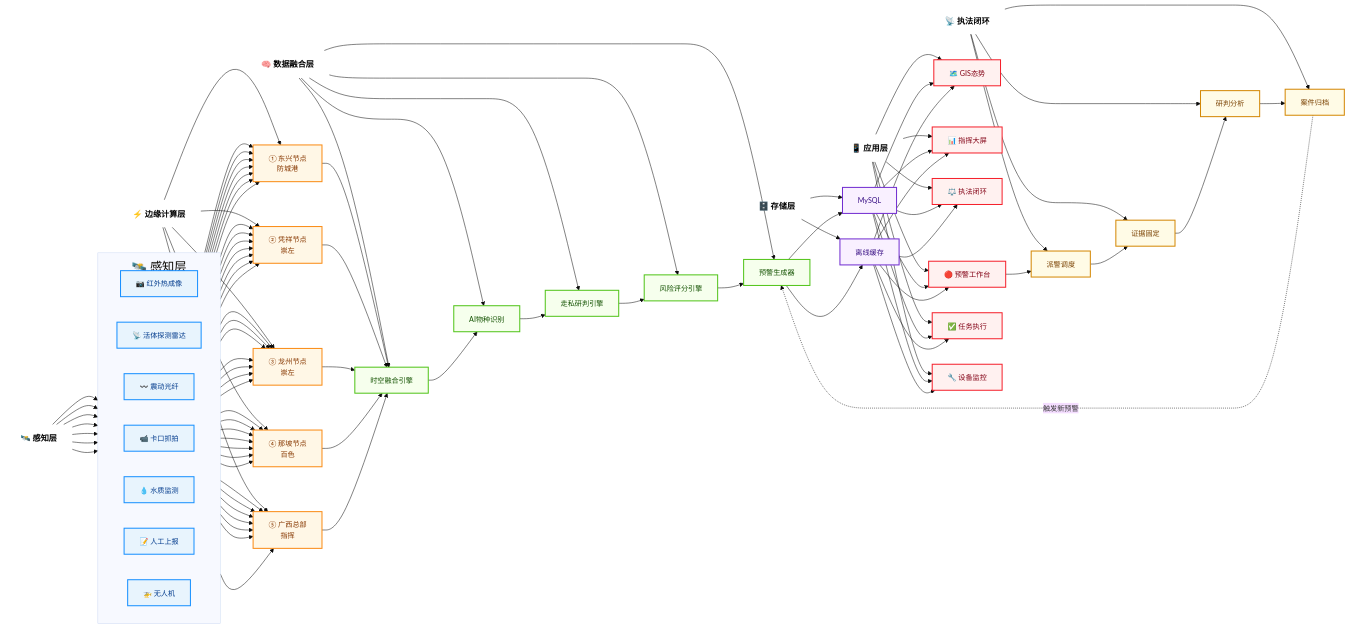
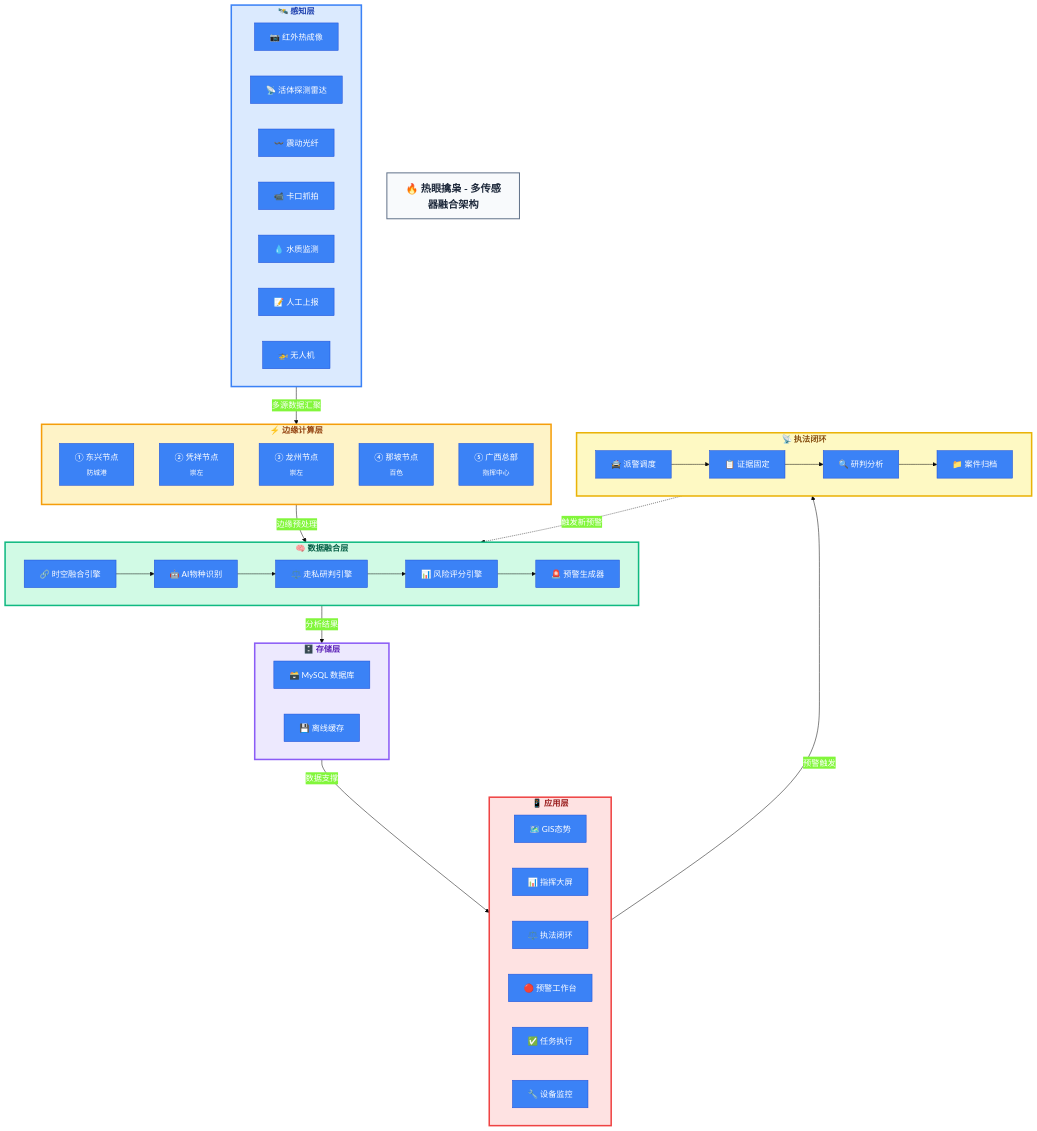
The diagram in architecture/README.md (ppqqmeimei-create/reyanqinxiao), drawn with Mermaid before and after one commit. The commit also changed other lines of this file, not shown here.

Commit message:
docs: 优化Mermaid架构图样式和布局
Made-with: Cursor

````diff
--- a/architecture/README.md
+++ b/architecture/README.md
@@ -27,90 +27,98 @@
 ```mermaid
-%%{init: {'theme': 'base', 'themeVariables': { 'fontSize': '14px', 'nodeSpacing': '25', 'rankSpacing': '120'}}}%%
-flowchart LR
-    %% ============ 模块标题 ============
-    T1["<b>🛰️ 感知层</b>"]
-    T2["<b>⚡ 边缘计算层</b>"]
-    T3["<b>🧠 数据融合层</b>"]
-    T4["<b>🗄️ 存储层</b>"]
-    T5["<b>📱 应用层</b>"]
-    T6["<b>📡 执法闭环</b>"]
+%%{init: {'theme': 'base', 'themeVariables': { 
+    'fontSize': '16px', 
+    'nodeSpacing': '30',
+    'rankSpacing': '50',
+    'primaryColor': '#3b82f6',
+    'primaryTextColor': '#fff',
+    'primaryBorderColor': '#1d4ed8'
+}}}%%
+flowchart TB
+    %% ============ 主标题 ============
+    TITLE["<b>🔥 热眼擒枭 - 多传感器融合架构</b>"]
+    
+    %% ============ 感知层 ============
+    subgraph SENSING["<b>🛰️ 感知层</b>"]
+        direction LR
+        S1["📷 红外热成像"]
+        S2["📡 活体探测雷达"]
+        S3["〰️ 震动光纤"]
+        S4["📹 卡口抓拍"]
+        S5["💧 水质监测"]
+        S6["📝 人工上报"]
+        S7["🚁 无人机"]
+    end
+    
+    %% ============ 边缘计算层 ============
+    subgraph EDGE["<b>⚡ 边缘计算层</b>"]
+        direction TB
+        E1["① 东兴节点<br/><sub>防城港</sub>"]
+        E2["② 凭祥节点<br/><sub>崇左</sub>"]
+        E3["③ 龙州节点<br/><sub>崇左</sub>"]
+        E4["④ 那坡节点<br/><sub>百色</sub>"]
+        E5["⑤ 广西总部<br/><sub>指挥中心</sub>"]
+    end
+    
+    %% ============ 数据融合层 ============
+    subgraph FUSION["<b>🧠 数据融合层</b>"]
+        direction LR
+        F1["🔗 时空融合引擎"]
+        F2["🤖 AI物种识别"]
+        F3["⚖️ 走私研判引擎"]
+        F4["📊 风险评分引擎"]
+        F5["🚨 预警生成器"]
+    end
+    
+    %% ============ 存储层 ============
+    subgraph STORAGE["<b>🗄️ 存储层</b>"]
+        DB["🗃️ MySQL 数据库"]
+        CACHE["💾 离线缓存"]
+    end
+    
+    %% ============ 应用层 ============
+    subgraph APP["<b>📱 应用层</b>"]
+        direction LR
+        P1["🗺️ GIS态势"]
+        P2["📊 指挥大屏"]
+        P3["⚖️ 执法闭环"]
+        P4["🔴 预警工作台"]
+        P5["✅ 任务执行"]
+        P6["🔧 设备监控"]
+    end
+    
+    %% ============ 执法闭环 ============
+    subgraph ENFORCE["<b>📡 执法闭环</b>"]
+        direction LR
+        L1["🚔 派警调度"]
+        L2["📋 证据固定"]
+        L3["🔍 研判分析"]
+        L4["📁 案件归档"]
+    end
+    
+    %% ============ 数据流向 ============
+    SENSING -->|"多源数据汇聚"| EDGE
+    EDGE -->|"边缘预处理"| FUSION
+    F1 --> F2 --> F3 --> F4 --> F5
+    FUSION -->|"分析结果"| STORAGE
+    STORAGE -->|"数据支撑"| APP
+    APP -->|"预警触发"| ENFORCE
+    L1 --> L2 --> L3 --> L4
+    L4 -.->|"触发新预警"| F5
+    
+    %% ============ 样式定义 ============
+    classDef SENSING fill:#dbeafe,stroke:#3b82f6,stroke-width:3px,color:#1e40af
+    classDef EDGE fill:#fef3c7,stroke:#f59e0b,stroke-width:3px,color:#92400e
+    classDef FUSION fill:#d1fae5,stroke:#10b981,stroke-width:3px,color:#065f46
+    classDef STORAGE fill:#ede9fe,stroke:#8b5cf6,stroke-width:3px,color:#5b21b6
+    classDef APP fill:#fee2e2,stroke:#ef4444,stroke-width:3px,color:#991b1b
+    classDef ENFORCE fill:#fef9c3,stroke:#eab308,stroke-width:3px,color:#854d0e
+    classDef TITLE fill:#f8fafc,stroke:#64748b,stroke-width:2px,color:#1e293b,font-size:20px
 
-    %% ============ 感知层（7个） ============
-    subgraph S1["<div style='text-align: center; font-size: 24px; padding: 8px;'>🛰️ 感知层</div>"]
-        direction LR
-        S1_1["📷 红外热成像"]
-        S1_2["📡 活体探测雷达"]
-        S1_3["〰️ 震动光纤"]
-        S1_4["📹 卡口抓拍"]
-        S1_5["💧 水质监测"]
-        S1_6["📝 人工上报"]
-        S1_7["🚁 无人机"]
-    end
-
-    %% ============ 边缘计算层（5个） ============
-    E1["① 东兴节点<br/>防城港"]
-    E2["② 凭祥节点<br/>崇左"]
-    E3["③ 龙州节点<br/>崇左"]
-    E4["④ 那坡节点<br/>百色"]
-    E5["⑤ 广西总部<br/>指挥"]
-
-    %% ============ 数据融合层（5个） ============
-    FUSE["时空融合引擎"]
-    AI["AI物种识别"]
-    JUDGE["走私研判引擎"]
-    RISK["风险评分引擎"]
-    SSE["预警生成器"]
-
-    %% ============ 存储层（2个） ============
-    DB["MySQL"]
-    CACHE["离线缓存"]
-
-    %% ============ 应用层（6个） ============
-    P1["🗺️ GIS态势"]
-    P2["📊 指挥大屏"]
-    P3["⚖️ 执法闭环"]
-    P4["🔴 预警工作台"]
-    P5["✅ 任务执行"]
-    P6["🔧 设备监控"]
-
-    %% ============ 执法闭环（4个） ============
-    DISPATCH["派警调度"]
-    EVIDENCE["证据固定"]
-    RESEARCH["研判分析"]
-    CLOSE["案件归档"]
-
-    %% ============ 标题与模块连接 ============
-    T1 --> S1_1 & S1_2 & S1_3 & S1_4 & S1_5 & S1_6 & S1_7
-    T2 --> E1 & E2 & E3 & E4 & E5
-    T3 --> FUSE & AI & JUDGE & RISK & SSE
-    T4 --> DB & CACHE
-    T5 --> P1 & P2 & P3 & P4 & P5 & P6
-    T6 --> DISPATCH & EVIDENCE & RESEARCH & CLOSE
-
-    %% ============ 数据流向（跨层连接） ============
-    S1_1 & S1_2 & S1_3 & S1_4 & S1_5 & S1_6 & S1_7 --> E1 & E2 & E3 & E4 & E5
-    E1 & E2 & E3 & E4 & E5 --> FUSE
-    FUSE --> AI --> JUDGE --> RISK --> SSE
-    SSE --> DB & CACHE
-    DB & CACHE --> P1 & P2 & P3 & P4 & P5 & P6
-    P4 --> DISPATCH
-    DISPATCH --> EVIDENCE --> RESEARCH --> CLOSE
-    CLOSE -.->|触发新预警| SSE
-
-    %% ============ 样式定义 ============
-    classDef TITLE fill:none,stroke:none,color:#000,font-weight:bold,font-size:16px
-    classDef SENSOR fill:#e8f4fd,stroke:#1890ff,stroke-width:2px,color:#003a8c
-    classDef EDGE fill:#fff7e6,stroke:#fa8c16,stroke-width:2px,color:#873800
-    classDef FUSION fill:#f6ffed,stroke:#52c41a,stroke-width:2px,color:#135200
-    classDef STORE fill:#f9f0ff,stroke:#722ed1,stroke-width:2px,color:#391085
-    classDef APP fill:#fff1f0,stroke:#f5222d,stroke-width:2px,color:#820014
-    classDef LOOP fill:#fffbe6,stroke:#d48806,stroke-width:2px,color:#7a4100
-
-    class T1,T2,T3,T4,T5,T6 TITLE
-    class S1_1,S1_2,S1_3,S1_4,S1_5,S1_6,S1_7 SENSOR
-    class E1,E2,E3,E4,E5 EDGE
-    class FUSE,AI,JUDGE,RISK,SSE FUSION
-    class DB,CACHE STORE
-    class P1,P2,P3,P4,P5,P6 APP
-    class DISPATCH,EVIDENCE,RESEARCH,CLOSE LOOP
+    class SENSING SENSING
+    class EDGE EDGE
+    class FUSION FUSION
+    class STORAGE STORAGE
+    class APP APP
+    class ENFORCE ENFORCE
+    class TITLE TITLE
 ```
````
